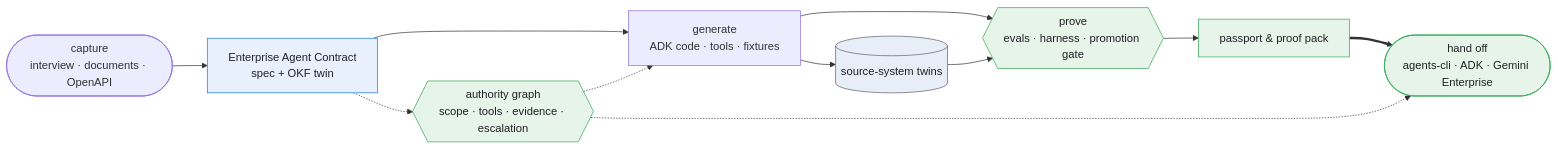
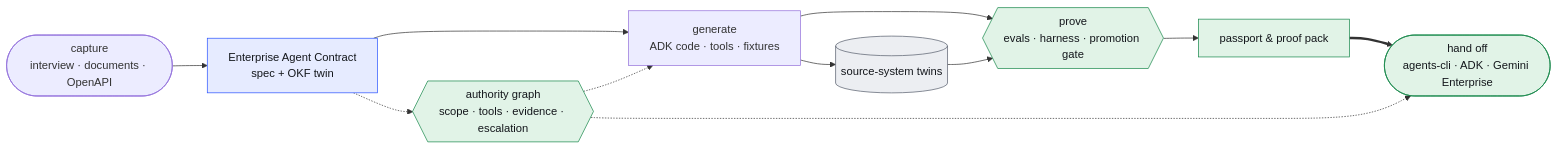
Before and after one commit to vamsiramakrishnan/ge-agent-factory: the diagram in docs/diagrams-src/signature-pipeline.mmd, drawn with Mermaid. The commit also changed 72 other files, not shown here.

```diff
--- a/docs/diagrams-src/signature-pipeline.mmd
+++ b/docs/diagrams-src/signature-pipeline.mmd
@@ -1,29 +1,29 @@
 flowchart LR
     CAP(["capture\ninterview · documents · OpenAPI"])
     CONTRACT["Enterprise Agent Contract\nspec + OKF twin"]
     GEN["generate\nADK code · tools · fixtures"]
     TWIN[("source-system twins")]
     PROVE{{"prove\nevals · harness · promotion gate"}}
     PASSPORT["passport & proof pack"]
     HANDOFF(["hand off\nagents-cli · ADK · Gemini Enterprise"])
     AUTH{{"authority graph\nscope · tools · evidence · escalation"}}
 
     CAP --> CONTRACT
     CONTRACT --> GEN
     GEN --> TWIN
     GEN --> PROVE
     TWIN --> PROVE
     PROVE --> PASSPORT
     PASSPORT ==> HANDOFF
     CONTRACT -.-> AUTH
     AUTH -.-> GEN
     AUTH -.-> HANDOFF
 
-    classDef contract fill:#e8f0fe,stroke:#1a73e8,color:#202124
-    classDef system fill:#e8eef7,stroke:#5f6368,color:#202124
-    classDef proof fill:#e6f4ea,stroke:#34a853,color:#202124
-    classDef handoff fill:#e6f4ea,stroke:#34a853,color:#202124
+    classDef contract fill:#e6ebff,stroke:#2953ff,color:#14171c
+    classDef system fill:#eceef2,stroke:#565e6c,color:#14171c
+    classDef proof fill:#e1f3e7,stroke:#16874a,color:#14171c
+    classDef handoff fill:#e1f3e7,stroke:#16874a,color:#14171c
     class CONTRACT contract
     class TWIN system
     class PROVE,PASSPORT,AUTH proof
     class HANDOFF handoff
```
